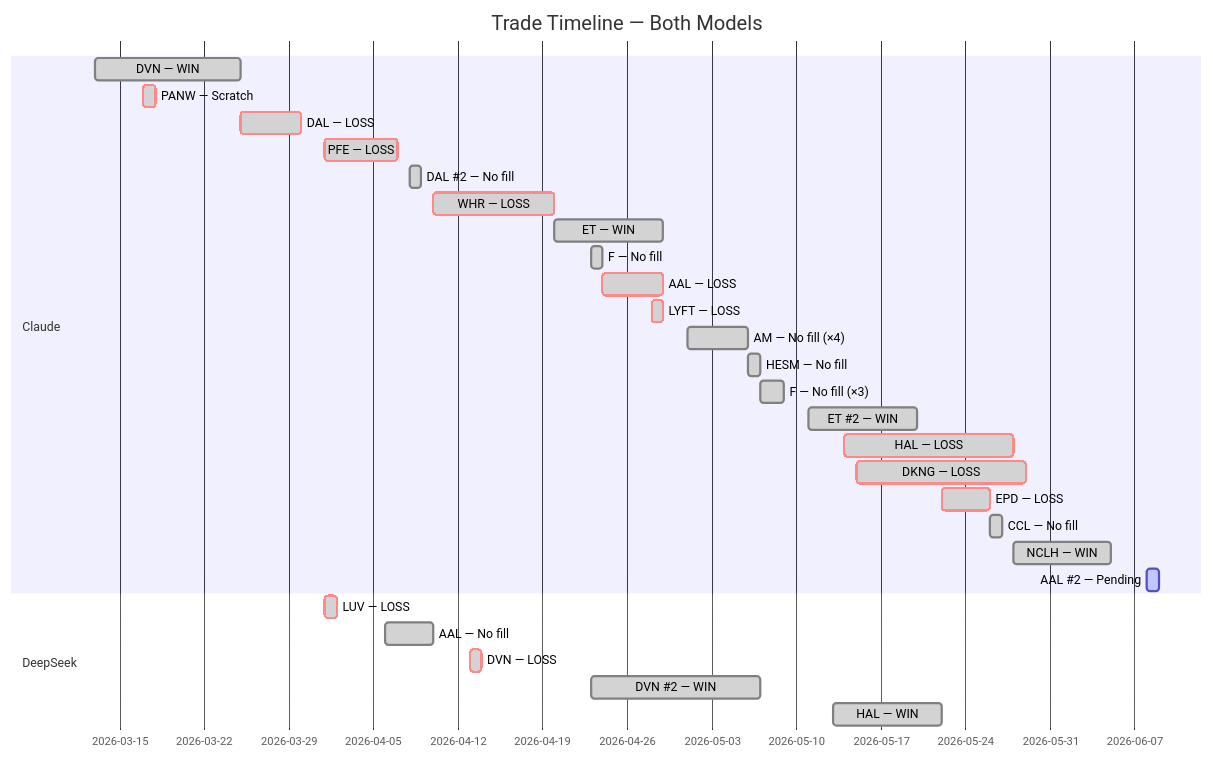
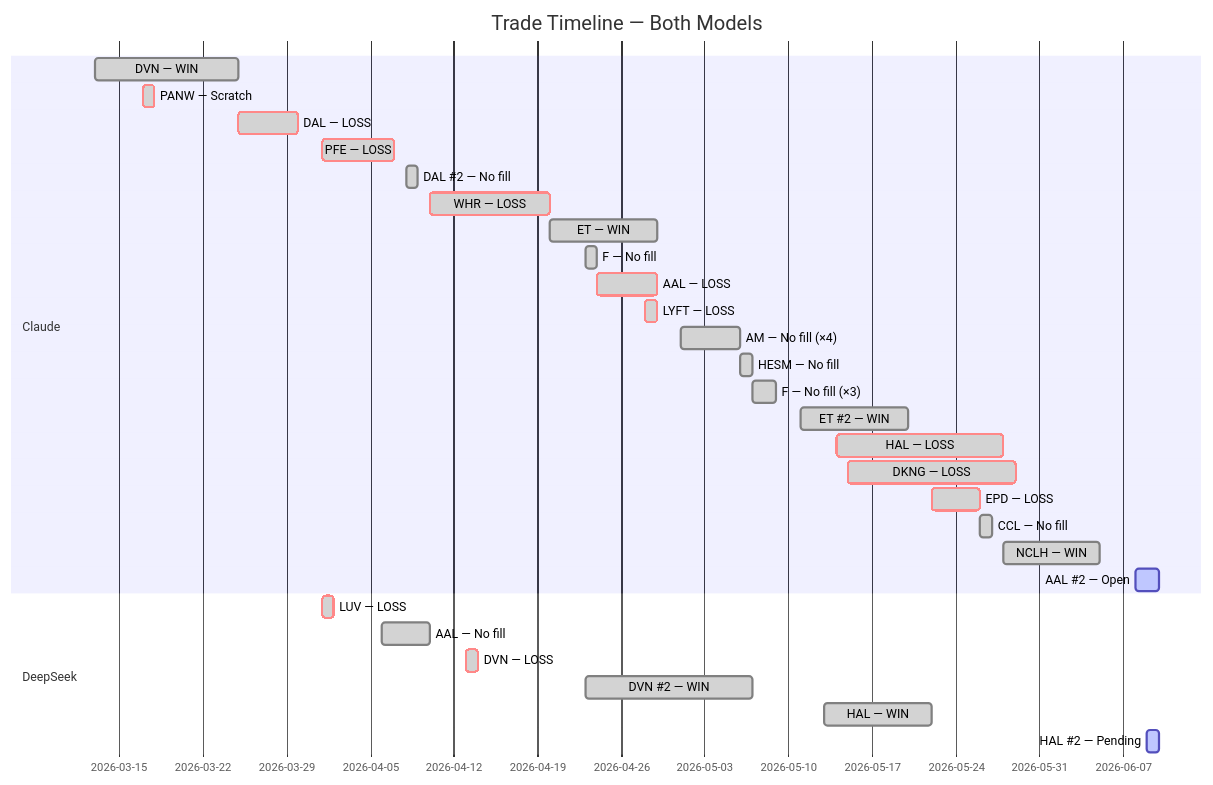
Before and after one commit to zachisit/ai-auto-buy-thesis: the fifth of 5 diagrams in README.md, drawn with Mermaid. The commit also changed other lines of this file and 2 other files, not shown here.

Commit message:
Update README and add session logs for 6/9 — AAL Day 2 +$13.87 unrealized, Trump "two or three days" deal catalyst; DeepSeek HAL buy stop placed

````diff
--- a/README.md
+++ b/README.md
@@ -63,32 +63,33 @@
 ```mermaid
 gantt
     title Trade Timeline — Both Models
     dateFormat YYYY-MM-DD
     section Claude
     DVN — WIN            :done,    2026-03-13, 2026-03-25
     PANW — Scratch       :crit, done, 2026-03-17, 2026-03-18
     DAL — LOSS           :crit, done, 2026-03-25, 2026-03-30
     PFE — LOSS           :crit, done, 2026-04-01, 2026-04-07
     DAL #2 — No fill     :done,    2026-04-08, 2026-04-09
     WHR — LOSS           :crit, done, 2026-04-10, 2026-04-20
     ET — WIN             :done,    2026-04-20, 2026-04-29
     F — No fill          :done,    2026-04-23, 2026-04-24
     AAL — LOSS           :crit, done, 2026-04-24, 2026-04-29
     LYFT — LOSS          :crit, done, 2026-04-28, 2026-04-29
     AM — No fill (×4)    :done,    2026-05-01, 2026-05-06
     HESM — No fill       :done,    2026-05-06, 2026-05-07
     F — No fill (×3)     :done,    2026-05-07, 2026-05-09
     ET #2 — WIN          :done,    2026-05-11, 2026-05-20
     HAL — LOSS           :crit, done, 2026-05-14, 2026-05-28
     DKNG — LOSS          :crit, done, 2026-05-15, 2026-05-29
     EPD — LOSS           :crit, done, 2026-05-22, 2026-05-26
     CCL — No fill        :done,    2026-05-26, 2026-05-27
     NCLH — WIN           :done,    2026-05-28, 2026-06-05
-    AAL #2 — Pending     :active,  2026-06-08, 2026-06-09
+    AAL #2 — Open        :active,  2026-06-08, 2026-06-10
     section DeepSeek
     LUV — LOSS           :crit, done, 2026-04-01, 2026-04-02
     AAL — No fill        :done,    2026-04-06, 2026-04-10
     DVN — LOSS           :crit, done, 2026-04-13, 2026-04-14
     DVN #2 — WIN         :done,    2026-04-23, 2026-05-07
     HAL — WIN            :done,    2026-05-13, 2026-05-22
+    HAL #2 — Pending     :active,  2026-06-09, 2026-06-10
 ```
````
